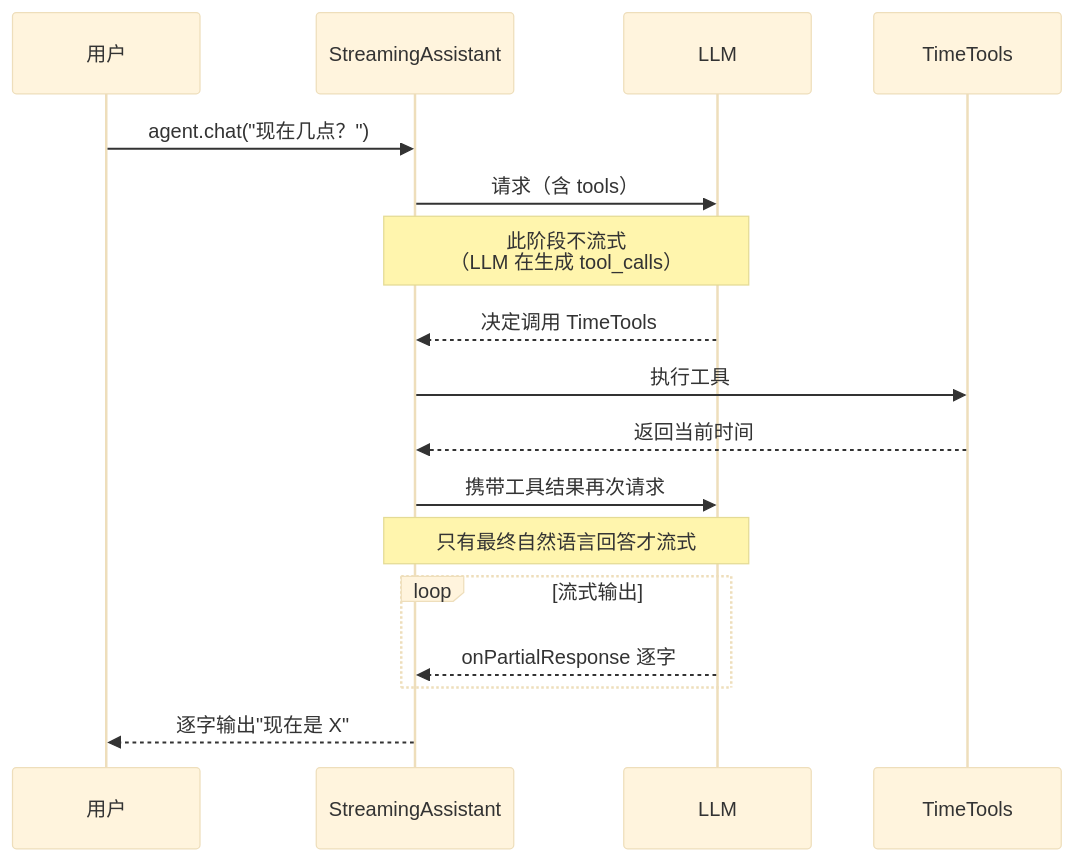
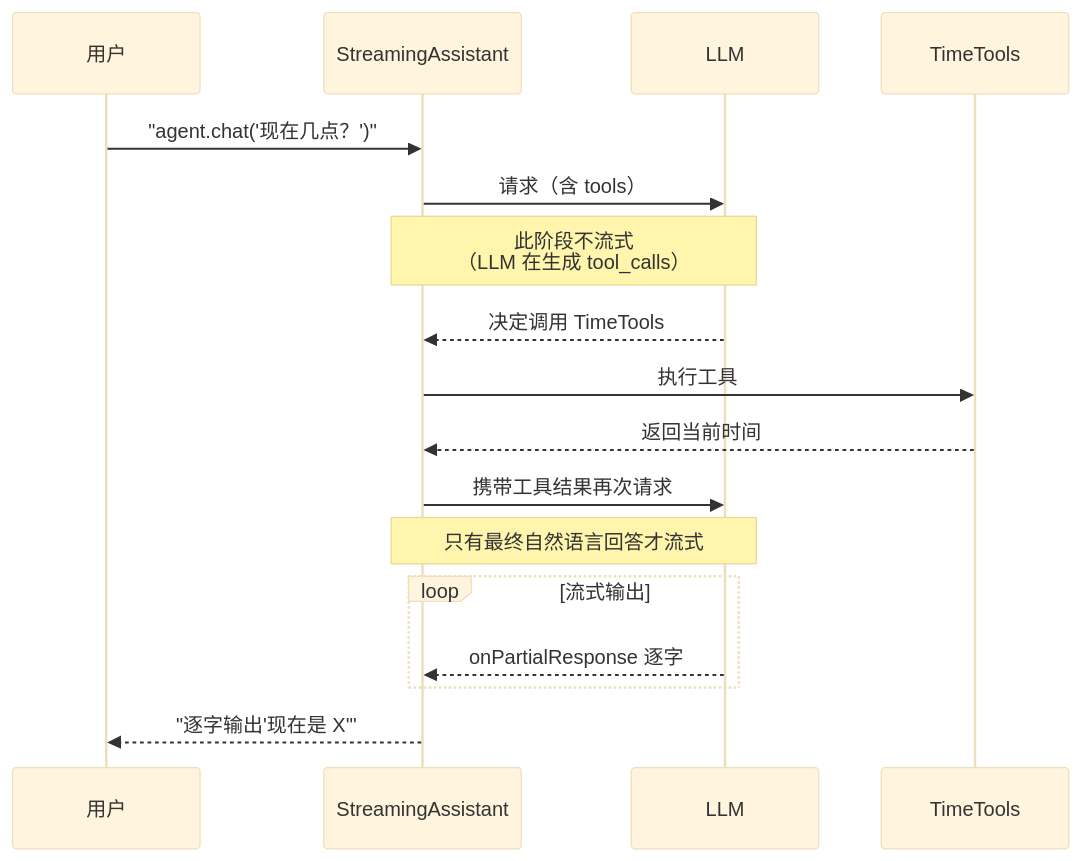
Before and after one commit to UranusGit/java-agent-learn: the fourth of 4 diagrams in docs/tutorials/langchain4j/06-流式输出.md, drawn with Mermaid (base theme). The commit also changed other lines of this file and 137 other files, not shown here.

First line of the commit message:
docs全库mermaid图质量深化：改写残留字符画、补缺图、修坏图

````diff
--- a/docs/tutorials/langchain4j/06-流式输出.md
+++ b/docs/tutorials/langchain4j/06-流式输出.md
@@ -339,19 +339,19 @@
 ```mermaid
 sequenceDiagram
     participant U as 用户
     participant AS as StreamingAssistant
     participant LLM as LLM
     participant T as TimeTools
-    U->>AS: agent.chat("现在几点？")
+    U->>AS: "agent.chat('现在几点？')"
     AS->>LLM: 请求（含 tools）
     Note over AS,LLM: 此阶段不流式<br/>（LLM 在生成 tool_calls）
     LLM-->>AS: 决定调用 TimeTools
     AS->>T: 执行工具
     T-->>AS: 返回当前时间
     AS->>LLM: 携带工具结果再次请求
     Note over AS,LLM: 只有最终自然语言回答才流式
     loop 流式输出
         LLM-->>AS: onPartialResponse 逐字
     end
-    AS-->>U: 逐字输出"现在是 X"
+    AS-->>U: "逐字输出'现在是 X'"
 ```
````
